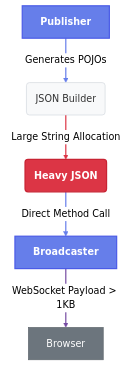
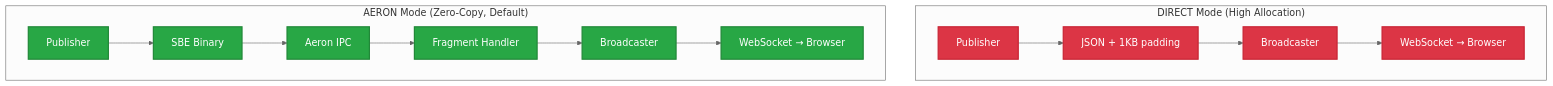
Before and after one commit to pedanticdev/trader-stream-ee: the diagram in README.md, drawn with Mermaid (neutral theme). The commit also changed other lines of this file and 19 other files, not shown here.

````diff
--- a/README.md
+++ b/README.md
@@ -101,17 +141,22 @@
 ```mermaid
 graph TD
-    classDef purple fill:#667eea,stroke:#4a5be7,stroke-width:2px,color:#ffffff,font-weight:bold;
-    classDef red fill:#dc3545,stroke:#c82333,stroke-width:2px,color:#ffffff,font-weight:bold;
-    classDef lightgray fill:#f8f9fa,stroke:#ced4da,stroke-width:1px,color:#333333;
-    classDef darkgray fill:#6c757d,stroke:#5a6268,stroke-width:1px,color:#ffffff;
+    subgraph DIRECT["DIRECT Mode (High Allocation)"]
+        D1[Publisher] --> D2["JSON + 1KB padding"]
+        D2 --> D3[Broadcaster]
+        D3 --> D4["WebSocket → Browser"]
+    end
 
-    A[Publisher]:::purple -->|Generates POJOs| B(JSON Builder):::lightgray
-    B -->|Large String Allocation| C(Heavy JSON):::red
-    C -->|Direct Method Call| D[Broadcaster]:::purple
-    D -->|WebSocket Payload > 1KB| E[Browser]:::darkgray
+    subgraph AERON["AERON Mode (Zero-Copy, Default)"]
+        A1[Publisher] --> A2["SBE Binary"]
+        A2 --> A3["Aeron IPC"]
+        A3 --> A4["Fragment Handler"]
+        A4 --> A5[Broadcaster]
+        A5 --> A6["WebSocket → Browser"]
+    end
 
-    linkStyle 0 stroke:#667eea,stroke-width:2px;
-    linkStyle 1 stroke:#dc3545,stroke-width:2px;
-    linkStyle 2 stroke:#667eea,stroke-width:2px;
-    linkStyle 3 stroke:#764ba2,stroke-width:2px;
+    classDef heavy fill:#dc3545,stroke:#c82333,stroke-width:2px,color:#fff
+    classDef optimized fill:#28a745,stroke:#218838,stroke-width:2px,color:#fff
+
+    class D1,D2,D3,D4 heavy
+    class A1,A2,A3,A4,A5,A6 optimized
 ```
````
